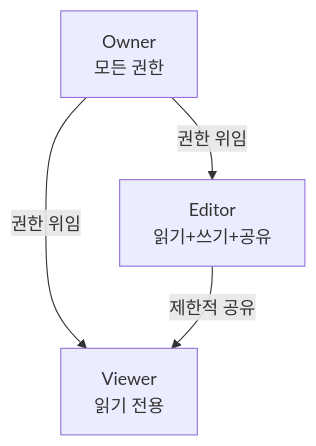
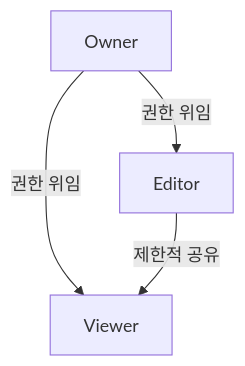
One commit to yjkim2015/yjkim2015.github.io changed the eighth of 8 diagrams in _posts/systemdesign/2026-05-03-system-design-file-storage.md. Above: the diagram before and after it, drawn with Mermaid. The commit also changed other lines of this file and 217 other files, not shown here.

First line of the commit message:
Mermaid 크기 수정: useMaxWidth:true + SVG max-width:100% + 라벨 축소

````diff
--- a/_posts/systemdesign/2026-05-03-system-design-file-storage.md
+++ b/_posts/systemdesign/2026-05-03-system-design-file-storage.md
@@ -583,9 +583,9 @@
 ```mermaid
 graph TD
-    OWNER["Owner\n모든 권한"]
-    EDITOR["Editor\n읽기+쓰기+공유"]
-    VIEWER["Viewer\n읽기 전용"]
+    OWNER["Owner"]
+    EDITOR["Editor"]
+    VIEWER["Viewer"]
     OWNER -->|"권한 위임"| EDITOR
     OWNER -->|"권한 위임"| VIEWER
     EDITOR -->|"제한적 공유"| VIEWER
 ```
````
